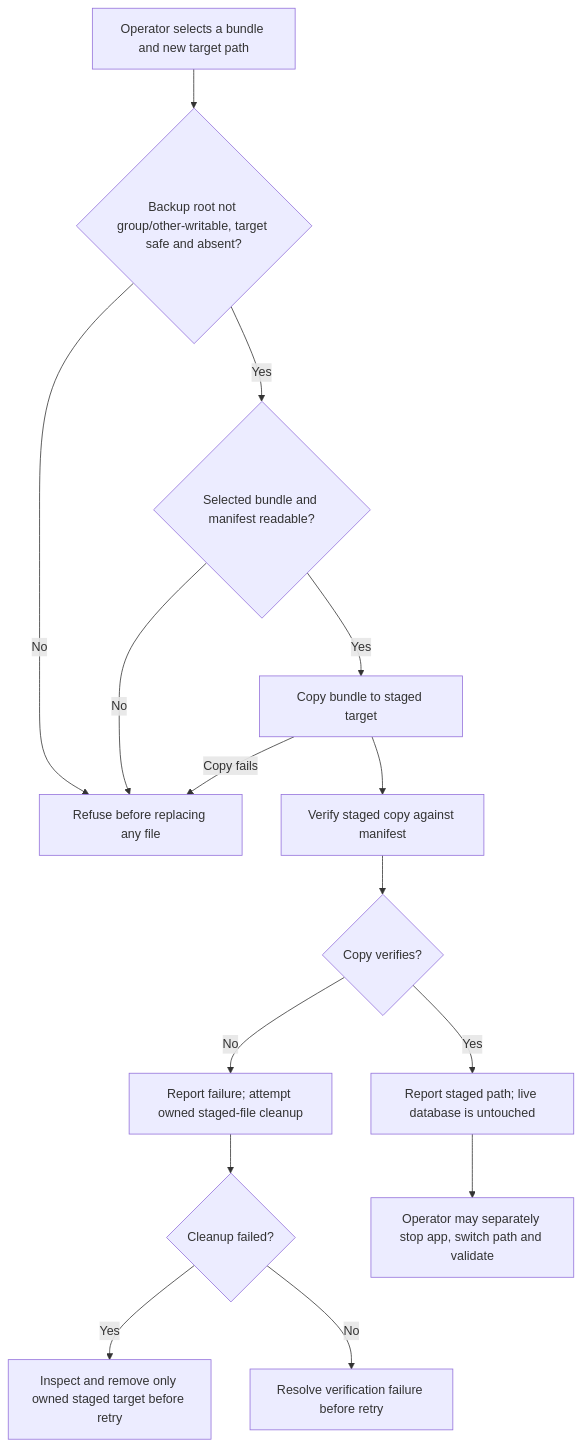
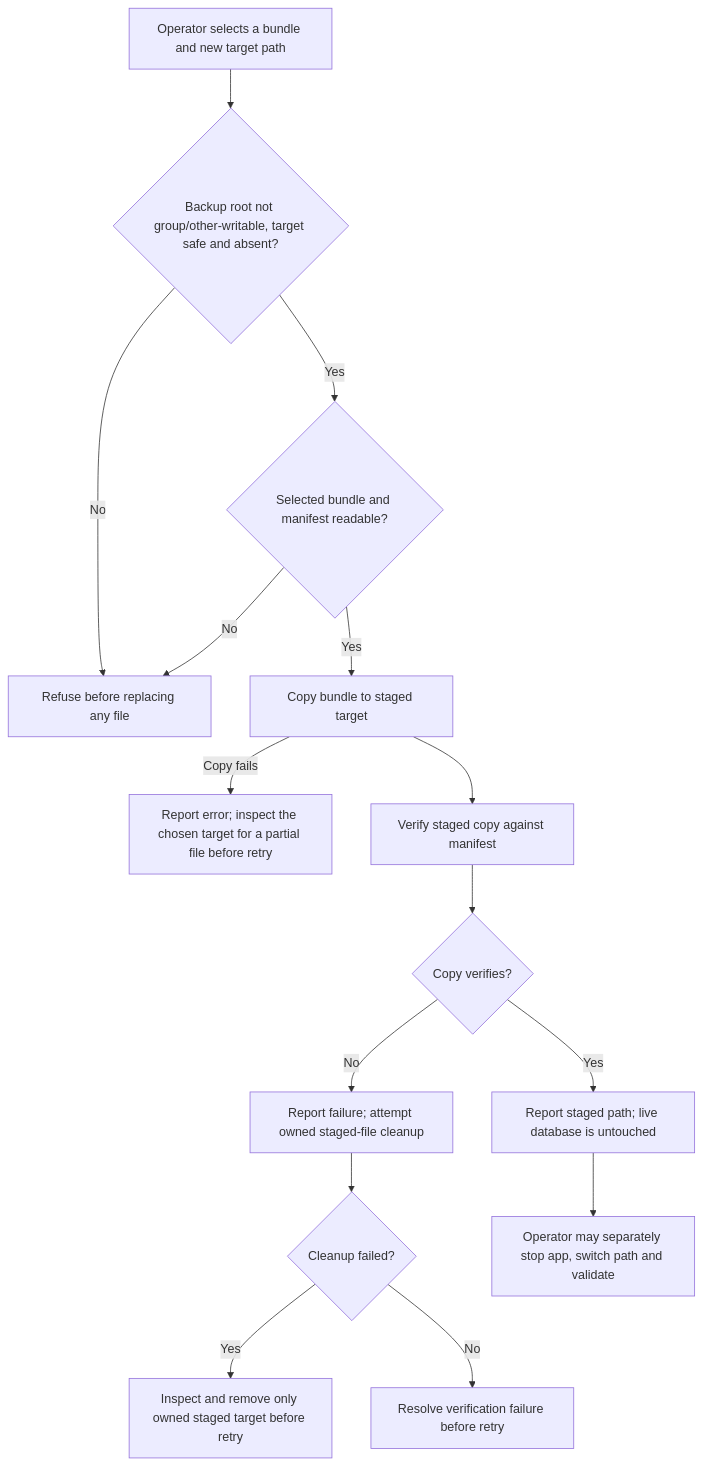
Before and after one commit to Kevinjohn/oss-adonisjs-sqlite-backup: the first of 2 diagrams in user-stories/prepare-restore/us-op-04-prepare-restore.md, drawn with Mermaid. The commit also changed other lines of this file and 13 other files, not shown here.

````diff
--- a/user-stories/prepare-restore/us-op-04-prepare-restore.md
+++ b/user-stories/prepare-restore/us-op-04-prepare-restore.md
@@ -30,17 +31,17 @@
 ```mermaid
 flowchart TD
     A["Operator selects a bundle and new target path"] --> B{"Backup root not group/other-writable, target safe and absent?"}
     B -->|No| C["Refuse before replacing any file"]
     B -->|Yes| S{"Selected bundle and manifest readable?"}
     S -->|No| C
     S -->|Yes| D["Copy bundle to staged target"]
-    D -->|Copy fails| C
+    D -->|Copy fails| CF["Report error; inspect the chosen target for a partial file before retry"]
     D --> E["Verify staged copy against manifest"]
     E --> F{"Copy verifies?"}
     F -->|No| G["Report failure; attempt owned staged-file cleanup"]
     G --> J{"Cleanup failed?"}
     J -->|Yes| K["Inspect and remove only owned staged target before retry"]
     J -->|No| L["Resolve verification failure before retry"]
     F -->|Yes| H["Report staged path; live database is untouched"]
     H --> I["Operator may separately stop app, switch path and validate"]
 ```
````
